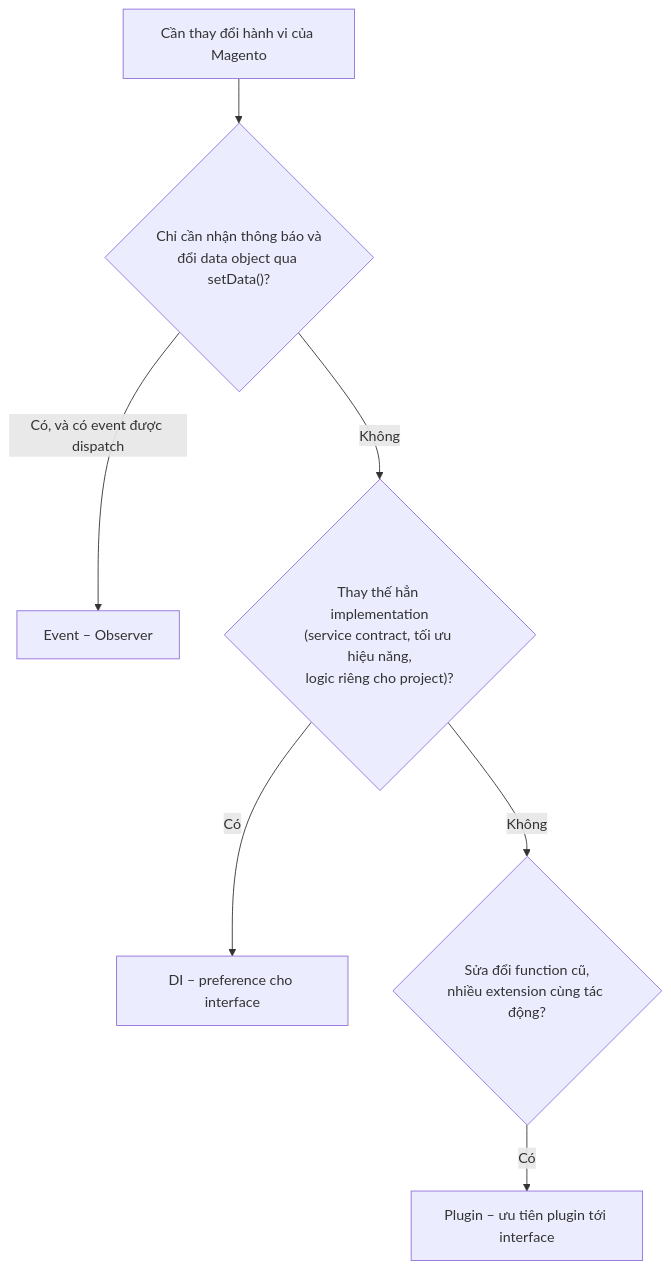
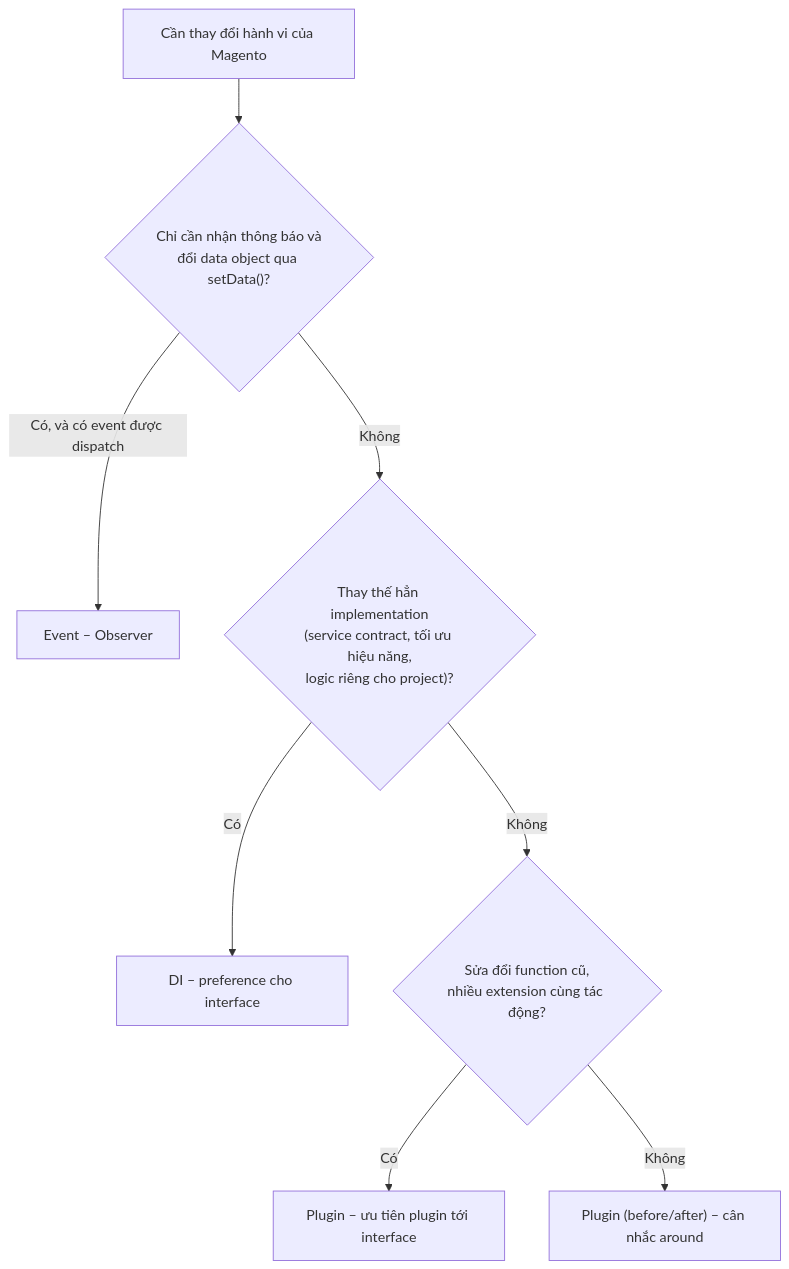
Before and after one commit to dpnam03/dev-doc: the third of 3 diagrams in Dev Docs/10. Magento/10. Knowledge Base/Architecture/DI & Interceptors/So sánh overview về Event, Plugin & DI.md, drawn with Mermaid. The commit also changed other lines of this file and 41 other files, not shown here.

First line of the commit message:
magento-base-knowledge-architecture - Review and fix Architecture docs against Magento 2.4.8-p5

````diff
--- a/Dev Docs/10. Magento/10. Knowledge Base/Architecture/DI & Interceptors/So sánh overview về Event, Plugin & DI.md
+++ b/Dev Docs/10. Magento/10. Knowledge Base/Architecture/DI & Interceptors/So sánh overview về Event, Plugin & DI.md
@@ -150,9 +150,10 @@
 ```mermaid
 flowchart TD
     A["Cần thay đổi hành vi của Magento"] --> B{"Chỉ cần nhận thông báo và<br/>đổi data object qua setData()?"}
     B -- "Có, và có event được dispatch" --> E["Event – Observer"]
     B -- Không --> C{"Thay thế hẳn implementation<br/>(service contract, tối ưu hiệu năng,<br/>logic riêng cho project)?"}
     C -- Có --> D["DI – preference cho interface"]
     C -- Không --> P{"Sửa đổi function cũ,<br/>nhiều extension cùng tác động?"}
     P -- Có --> F["Plugin – ưu tiên plugin tới interface"]
+    P -- Không --> F2["Plugin (before/after) – cân nhắc around"]
 ```
````
